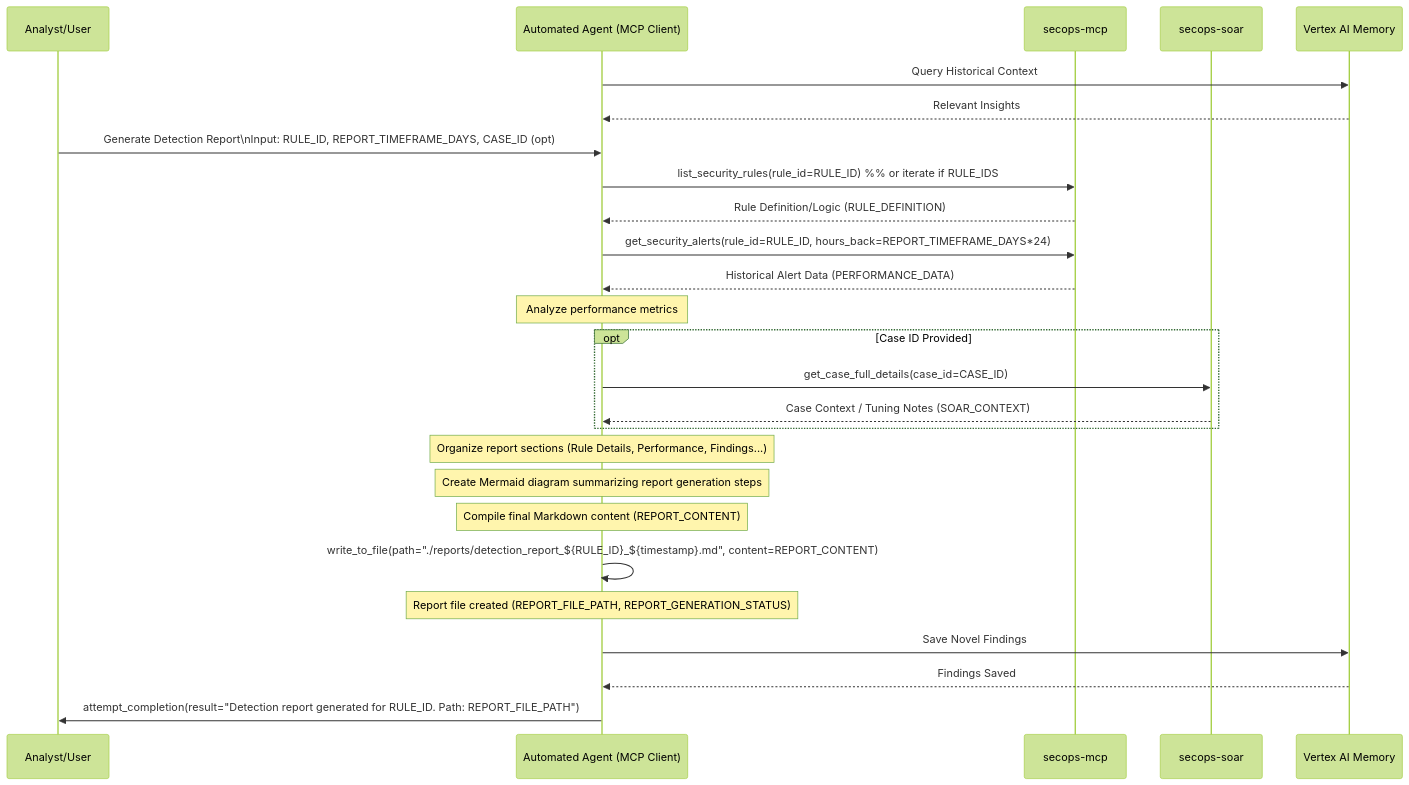
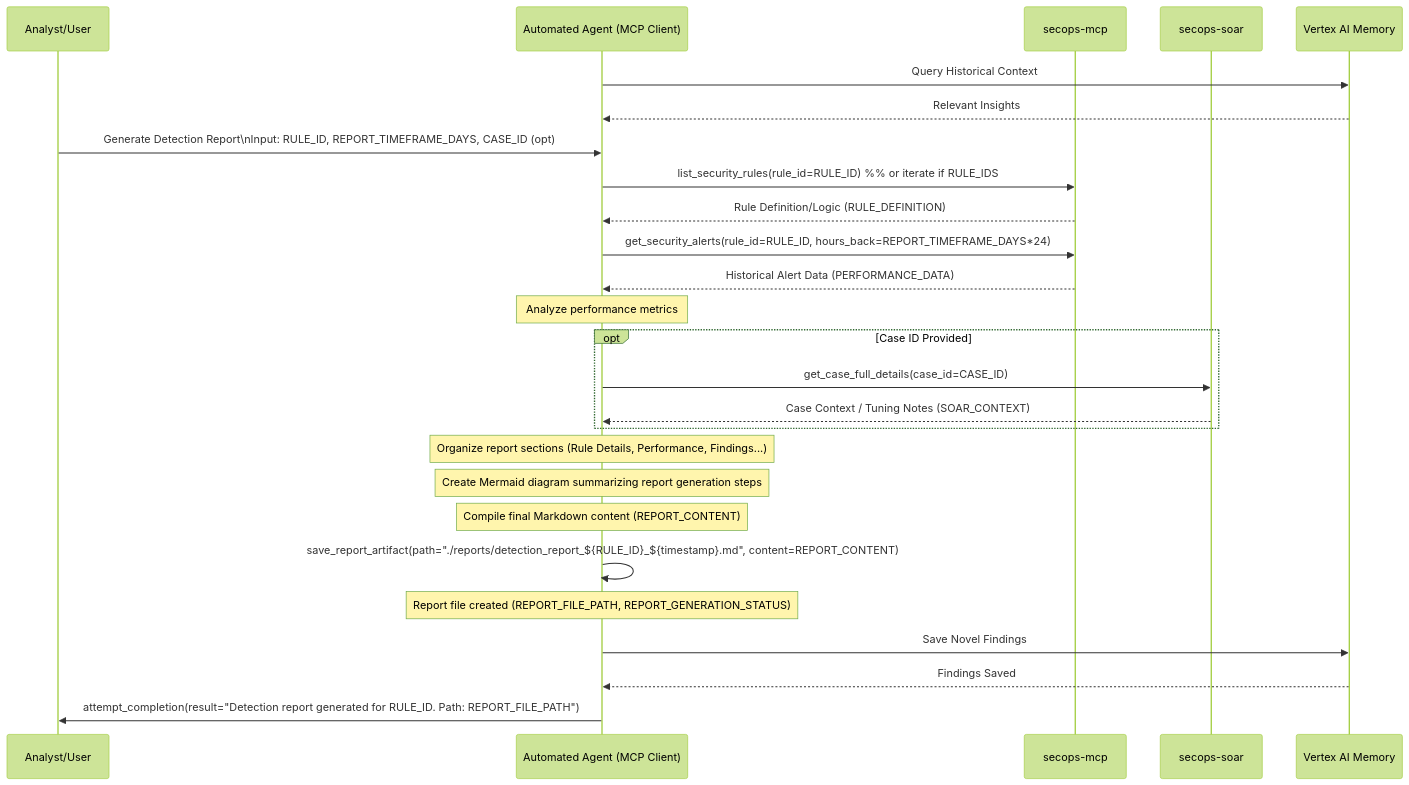
One commit to dandye/adk_runbooks changed the diagram in rules-bank/run_books/detection_report.md. Above: the diagram before and after it, drawn with Mermaid (forest theme). The commit also changed other lines of this file and 109 other files, not shown here.

````diff
--- a/rules-bank/run_books/detection_report.md
+++ b/rules-bank/run_books/detection_report.md
@@ -54,45 +58,45 @@
 ```mermaid
 sequenceDiagram
     participant Analyst/User
     participant AutomatedAgent as Automated Agent (MCP Client)
     participant SIEM as secops-mcp
     participant SOAR as secops-soar
     participant Memory as Vertex AI Memory
 
 
     %% Step: Query Memory Context
     AutomatedAgent->>Memory: Query Historical Context
     Memory-->>AutomatedAgent: Relevant Insights
     Analyst/User->>AutomatedAgent: Generate Detection Report\nInput: RULE_ID, REPORT_TIMEFRAME_DAYS, CASE_ID (opt)
 
     %% Step 1: Gather Rule Details
     AutomatedAgent->>SIEM: list_security_rules(rule_id=RULE_ID) %% or iterate if RULE_IDS
     SIEM-->>AutomatedAgent: Rule Definition/Logic (RULE_DEFINITION)
 
     %% Step 2: Gather Performance Data
     AutomatedAgent->>SIEM: get_security_alerts(rule_id=RULE_ID, hours_back=REPORT_TIMEFRAME_DAYS*24)
     SIEM-->>AutomatedAgent: Historical Alert Data (PERFORMANCE_DATA)
     Note over AutomatedAgent: Analyze performance metrics
 
     %% Step 3: Gather Context (Optional)
     opt Case ID Provided
         AutomatedAgent->>SOAR: get_case_full_details(case_id=CASE_ID)
         SOAR-->>AutomatedAgent: Case Context / Tuning Notes (SOAR_CONTEXT)
     end
 
     %% Step 4 & 5: Structure Report & Generate Diagram
     Note over AutomatedAgent: Organize report sections (Rule Details, Performance, Findings...)
     Note over AutomatedAgent: Create Mermaid diagram summarizing report generation steps
 
     %% Step 6 & 7: Format & Write Report
     Note over AutomatedAgent: Compile final Markdown content (REPORT_CONTENT)
-    AutomatedAgent->>AutomatedAgent: write_to_file(path="./reports/detection_report_${RULE_ID}_${timestamp}.md", content=REPORT_CONTENT)
+    AutomatedAgent->>AutomatedAgent: save_report_artifact(path="./reports/detection_report_${RULE_ID}_${timestamp}.md", content=REPORT_CONTENT)
     Note over AutomatedAgent: Report file created (REPORT_FILE_PATH, REPORT_GENERATION_STATUS)
 
 
     %% Step: Save Findings to Memory
     AutomatedAgent->>Memory: Save Novel Findings
     Memory-->>AutomatedAgent: Findings Saved
     AutomatedAgent->>Analyst/User: attempt_completion(result="Detection report generated for RULE_ID. Path: REPORT_FILE_PATH")
 
 ```
````
